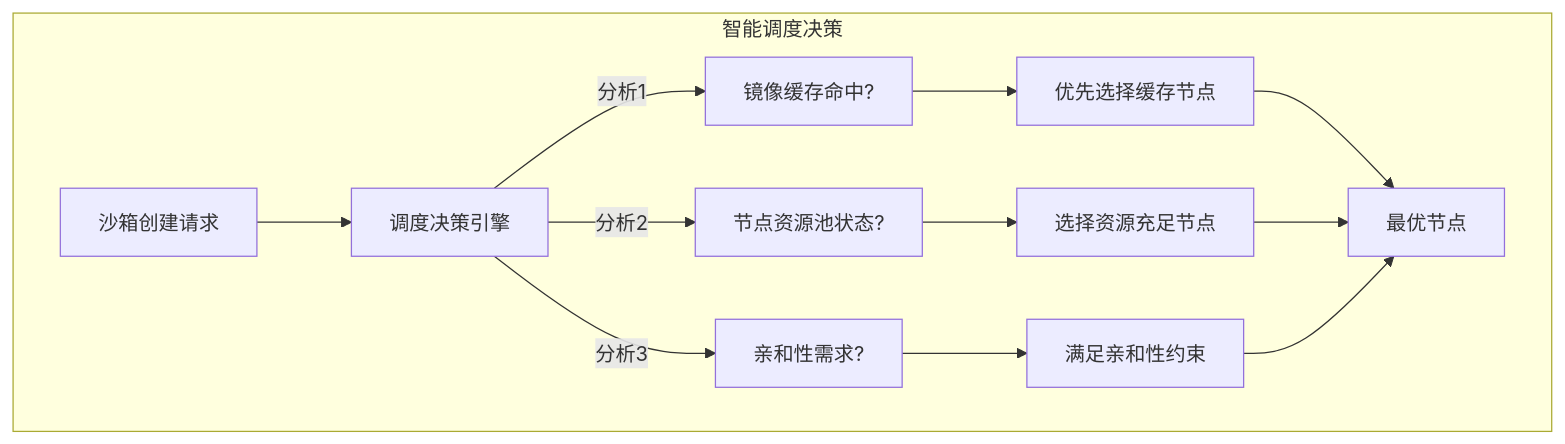
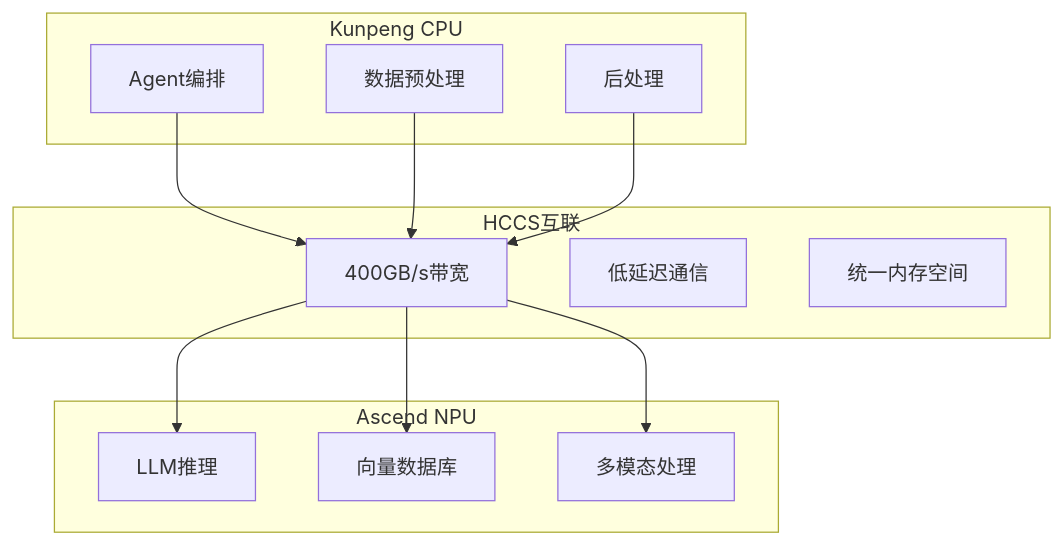
Diagram 15 of 20 in docs/superpowers/specs/2026-03-22-agent-sandbox-technical-roadmap.md (QJWang23/sandbox), drawn with Mermaid before and after one commit. The commit also changed other lines of this file, not shown here.

First line of the commit message:
Update technical roadmap with production scenarios focus

````diff
--- a/docs/superpowers/specs/2026-03-22-agent-sandbox-technical-roadmap.md
+++ b/docs/superpowers/specs/2026-03-22-agent-sandbox-technical-roadmap.md
@@ -573,15 +574,24 @@
 ```mermaid
 graph TB
-    subgraph "智能调度决策"
-        A[沙箱创建请求] --> B[调度决策引擎]
-        B -->|分析1| C[镜像缓存命中?]
-        B -->|分析2| D[节点资源池状态?]
-        B -->|分析3| E[亲和性需求?]
-        C --> F[优先选择缓存节点]
-        D --> G[选择资源充足节点]
-        E --> H[满足亲和性约束]
-        F --> I[最优节点]
-        G --> I
-        H --> I
+    subgraph "Kunpeng CPU"
+        A[Agent编排]
+        B[数据预处理]
+        C[后处理]
     end
+
+    subgraph "Ascend NPU"
+        D[LLM推理]
+        E[向量数据库]
+        F[多模态处理]
+    end
+
+    subgraph "HCCS互联"
+        G[400GB/s带宽]
+        H[低延迟通信]
+        I[统一内存空间]
+    end
+
+    A --> G --> D
+    B --> G --> E
+    C --> G --> F
 ```
````
